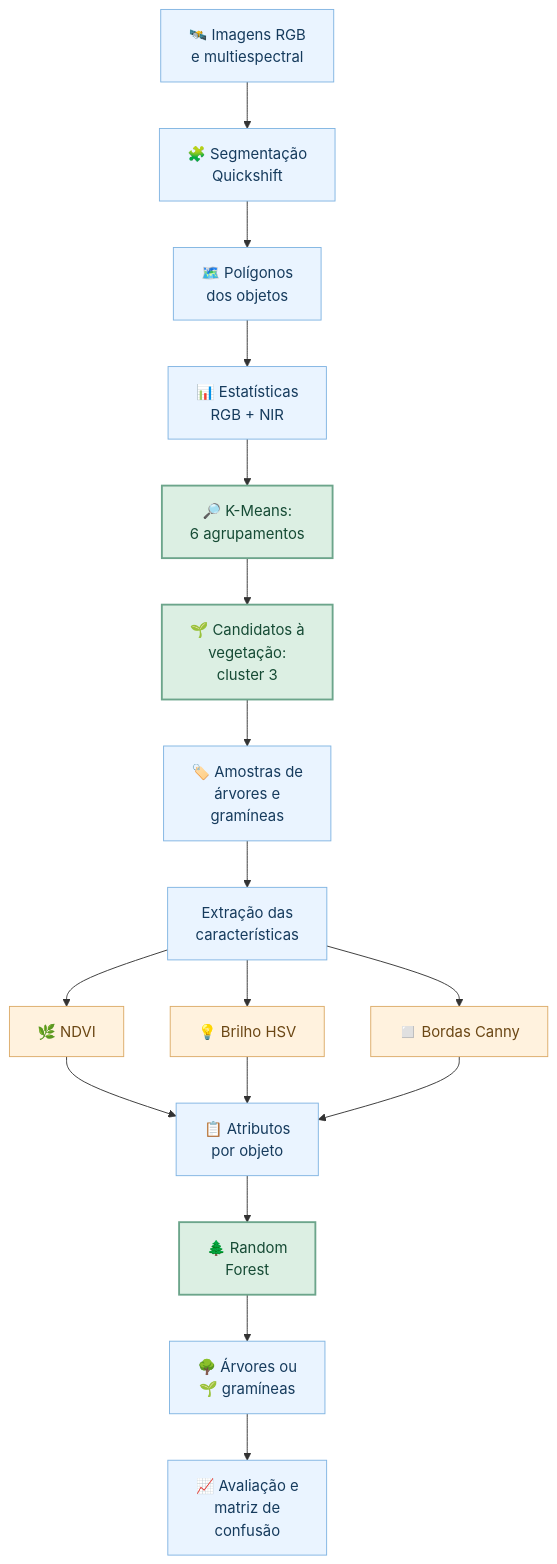
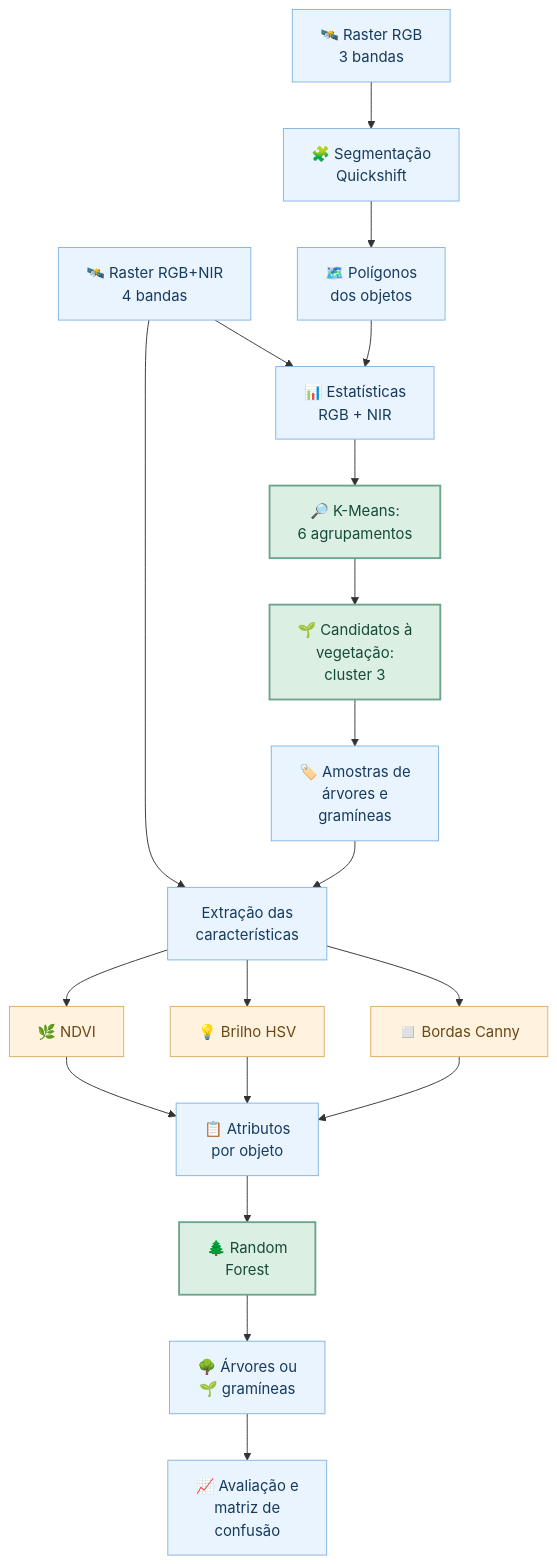
Before and after one commit to BrenoBragaGalvao/mestrado-arvores-urbanas: the first of 4 diagrams in README.md, drawn with Mermaid. The commit also changed other lines of this file, not shown here.

Commit message:
docs(readme): esclarecer dois rasters da mesma area e seus papeis no Quickshift e atributos

````diff
--- a/README.md
+++ b/README.md
@@ -104,26 +113,28 @@
 ```mermaid
 flowchart TD
-    A["🛰️ Imagens RGB<br/>e multiespectral"] --> B["🧩 Segmentação<br/>Quickshift"]
+    A["🛰️ Raster RGB<br/>3 bandas"] --> B["🧩 Segmentação<br/>Quickshift"]
+    P["🛰️ Raster RGB+NIR<br/>4 bandas"] --> D
+    P --> H
     B --> C["🗺️ Polígonos<br/>dos objetos"]
     C --> D["📊 Estatísticas<br/>RGB + NIR"]
     D --> E["🔎 K-Means:<br/>6 agrupamentos"]
     E --> F["🌱 Candidatos à<br/>vegetação:<br/>cluster 3"]
     F --> G["🏷️ Amostras de<br/>árvores e<br/>gramíneas"]
     G --> H["Extração das<br/>características"]
     H --> I["🌿 NDVI"]
     H --> J["💡 Brilho HSV"]
     H --> K["◻️ Bordas Canny"]
     I --> L["📋 Atributos<br/>por objeto"]
     J --> L
     K --> L
     L --> M["🌲 Random<br/>Forest"]
     M --> N["🌳 Árvores ou<br/>🌱 gramíneas"]
     N --> O["📈 Avaliação e<br/>matriz de<br/>confusão"]
 
     classDef entrada fill:#eaf4ff,stroke:#80b4e2,color:#163b5d,stroke-width:1px;
     classDef destaque fill:#dcefe3,stroke:#6ca58b,color:#164b35,stroke-width:2px;
     classDef recurso fill:#fff2de,stroke:#dcab68,color:#6b4714,stroke-width:1px;
-    class A,B,C,D,G,H,L,N,O entrada;
+    class A,B,C,D,G,H,L,N,O,P entrada;
     class E,F,M destaque;
     class I,J,K recurso;
 ```
````
